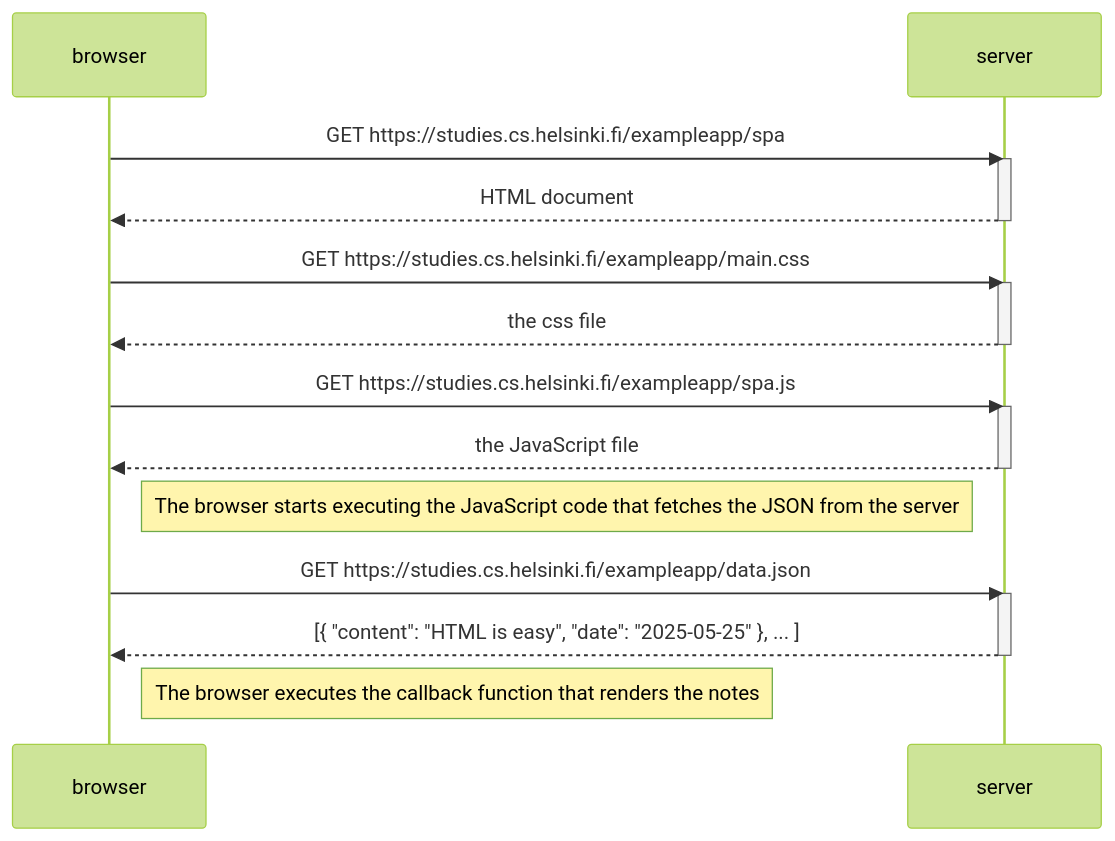
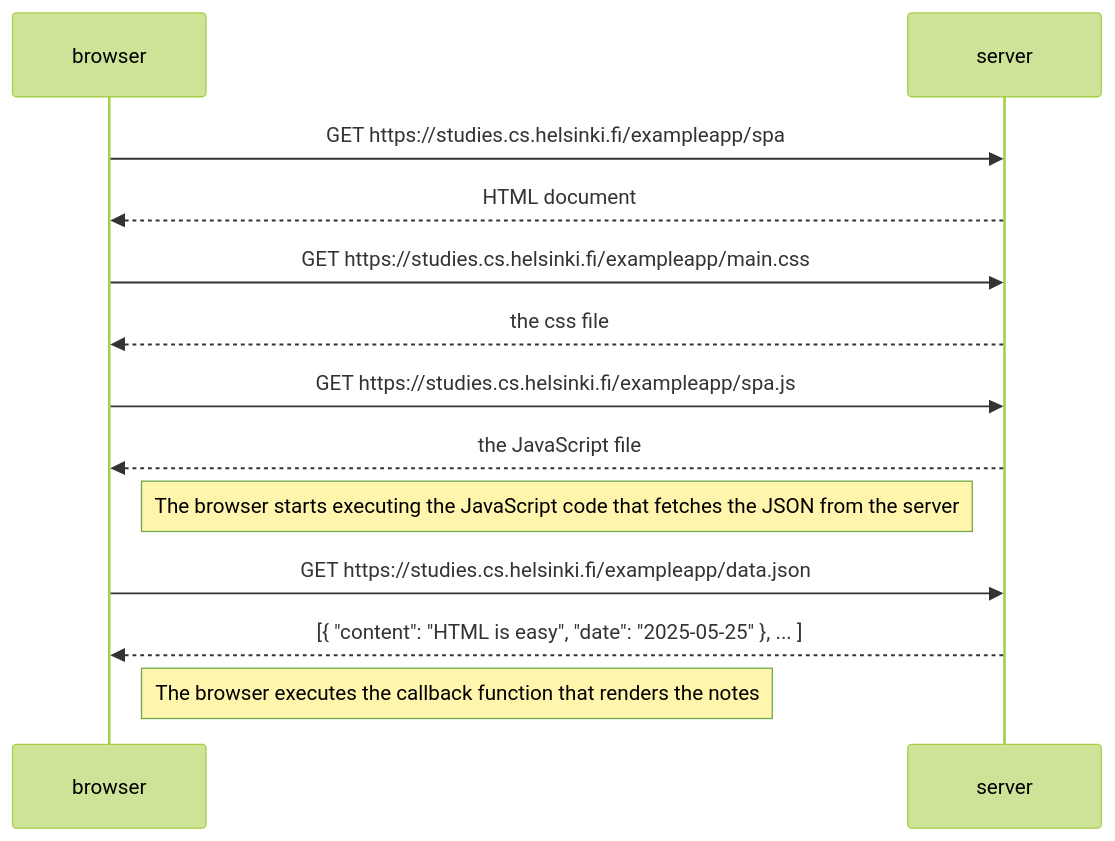
The diagram in Part0/0_5.md (alseloes/full-stack-open-exercises), drawn with Mermaid (forest theme) before and after one commit. The commit also changed 2 other files, not shown here.

Commit message:
Minor changes in diagrams

````diff
--- a/Part0/0_5.md
+++ b/Part0/0_5.md
@@ -3,29 +3,25 @@
 ```mermaid
 sequenceDiagram
     participant browser
     participant server
 
     browser->>server: GET https://studies.cs.helsinki.fi/exampleapp/spa
-    activate server
+
     server-->>browser: HTML document
-    deactivate server
 
     browser->>server: GET https://studies.cs.helsinki.fi/exampleapp/main.css
-    activate server
+
     server-->>browser: the css file
-    deactivate server
 
     browser->>server: GET https://studies.cs.helsinki.fi/exampleapp/spa.js
-    activate server
+
     server-->>browser: the JavaScript file
-    deactivate server
 
     Note right of browser: The browser starts executing the JavaScript code that fetches the JSON from the server
 
     browser->>server: GET https://studies.cs.helsinki.fi/exampleapp/data.json
-    activate server
+
     server-->>browser: [{ "content": "HTML is easy", "date": "2025-05-25" }, ... ]
-    deactivate server
 
     Note right of browser: The browser executes the callback function that renders the notes
 ```
````
